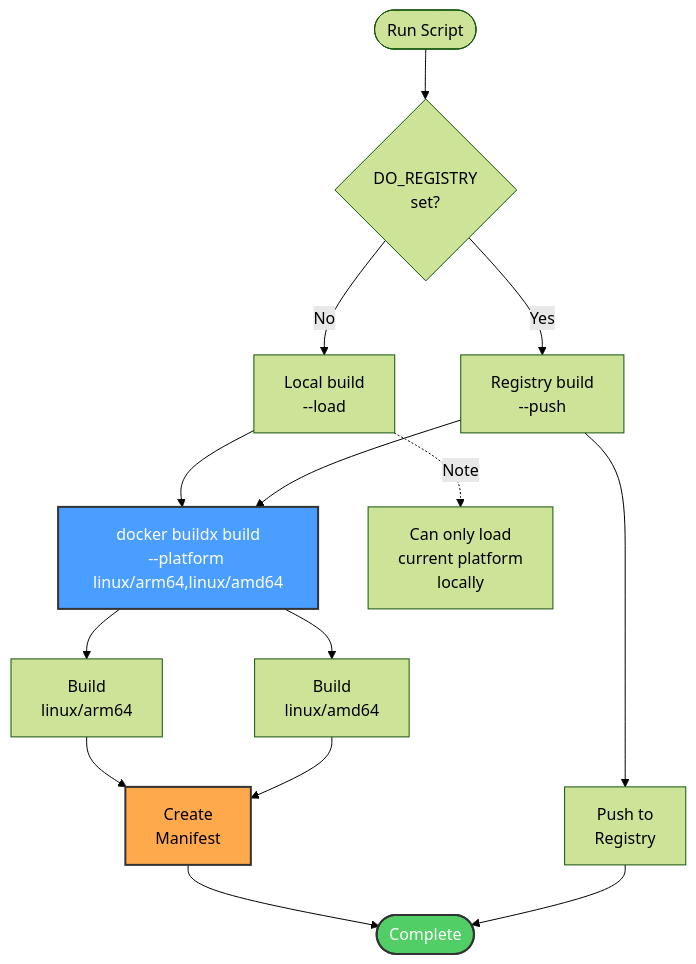
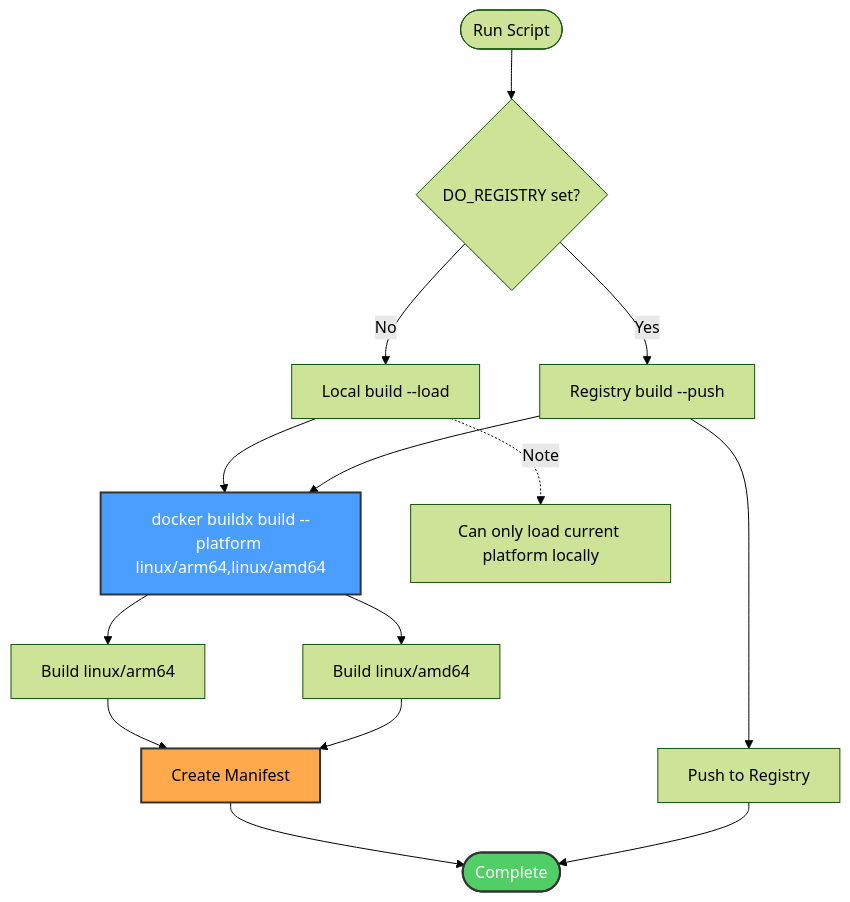
One commit to softwarewrighter/dev-proxy changed the third of 16 diagrams in wiki/Build-Process.md. Above: the diagram before and after it, drawn with Mermaid (forest theme). The commit also changed other lines of this file and 6 other files, not shown here.

First line of the commit message:
Fix wiki Mermaid diagrams: remove <br/> tags

````diff
--- a/wiki/Build-Process.md
+++ b/wiki/Build-Process.md
@@ -99,26 +99,26 @@
 ```mermaid
 graph TB
-    Start([Run Script]) --> Check{DO_REGISTRY<br/>set?}
+    Start([Run Script]) --> Check{DO_REGISTRY set?}
 
-    Check -->|No| Local[Local build<br/>--load]
-    Check -->|Yes| Registry[Registry build<br/>--push]
+    Check -->|No| Local[Local build --load]
+    Check -->|Yes| Registry[Registry build --push]
 
-    Local --> Buildx[docker buildx build<br/>--platform linux/arm64,linux/amd64]
+    Local --> Buildx[docker buildx build --platform linux/arm64,linux/amd64]
     Registry --> Buildx
 
-    Buildx --> ARM[Build<br/>linux/arm64]
-    Buildx --> AMD[Build<br/>linux/amd64]
+    Buildx --> ARM[Build linux/arm64]
+    Buildx --> AMD[Build linux/amd64]
 
-    ARM --> Manifest[Create<br/>Manifest]
+    ARM --> Manifest[Create Manifest]
     AMD --> Manifest
 
-    Local -.->|Note| LocalNote[Can only load<br/>current platform<br/>locally]
-    Registry --> Push[Push to<br/>Registry]
+    Local -.->|Note| LocalNote[Can only load current platform locally]
+    Registry --> Push[Push to Registry]
 
     Manifest --> Done([Complete])
     Push --> Done
 
     style Buildx fill:#4a9eff,stroke:#333,stroke-width:2px,color:#fff
     style Manifest fill:#ffa94d,stroke:#333,stroke-width:2px
     style Done fill:#51cf66,stroke:#333,stroke-width:2px,color:#fff
 ```
````
